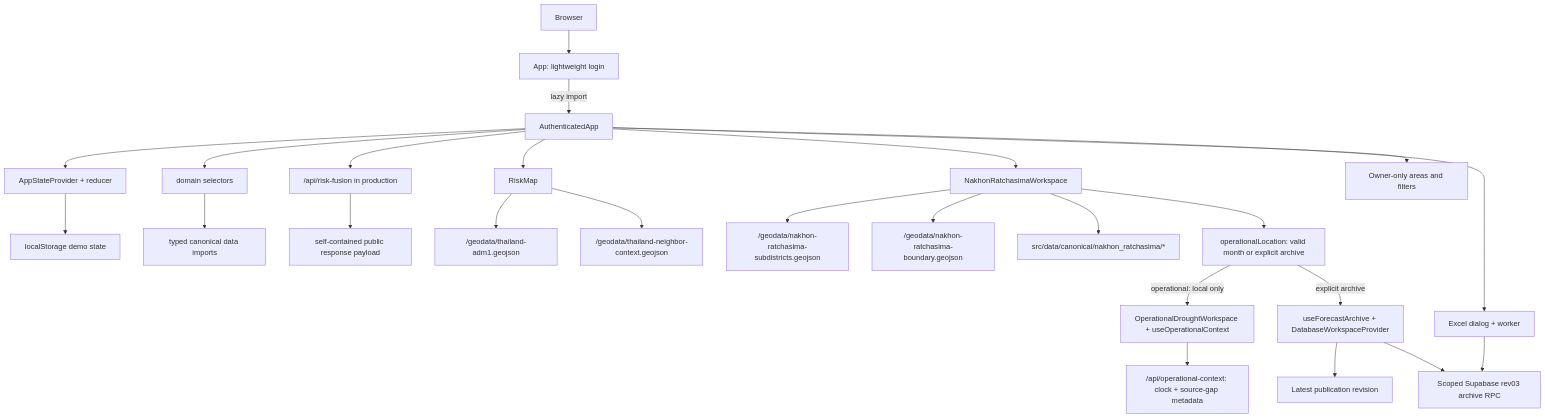
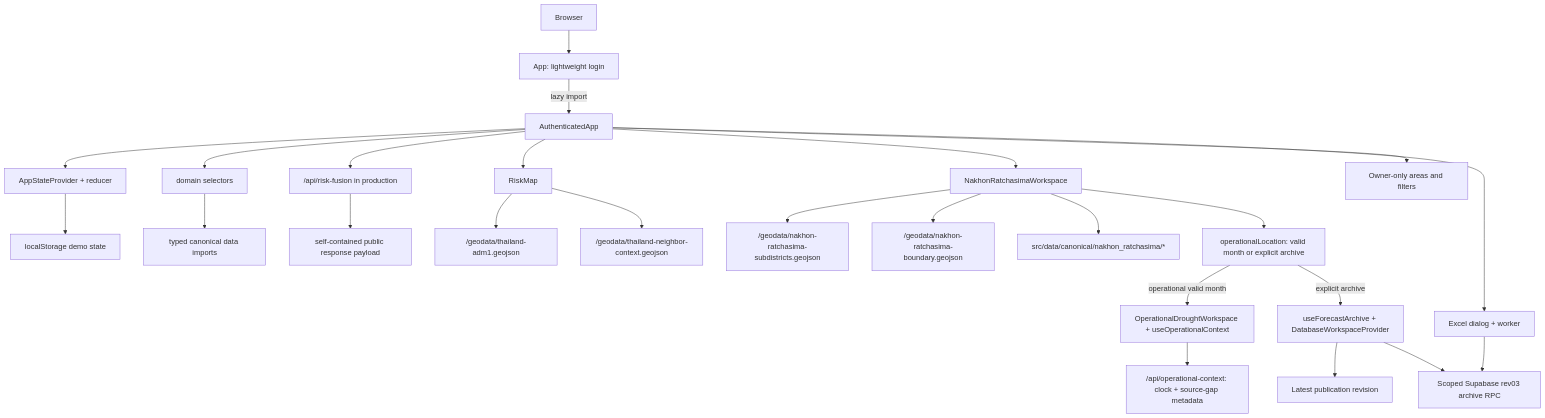
Before and after one commit to purichw/korattanphai: the diagram in docs/ARCHITECTURE.md, drawn with Mermaid. The commit also changed other lines of this file and 7 other files, not shown here.

````diff
--- a/docs/ARCHITECTURE.md
+++ b/docs/ARCHITECTURE.md
@@ -50,27 +51,27 @@
 ```mermaid
 flowchart TD
   Browser["Browser"] --> Login["App: lightweight login"]
   Login -->|lazy import| App["AuthenticatedApp"]
   App --> Store["AppStateProvider + reducer"]
   Store --> Local["localStorage demo state"]
   App --> Domain["domain selectors"]
   App --> FusionApi["/api/risk-fusion in production"]
   Domain --> Catalog["typed canonical data imports"]
   FusionApi --> FusionPayload["self-contained public response payload"]
   App --> Map["RiskMap"]
   Map --> Geo["/geodata/thailand-adm1.geojson"]
   Map --> NeighborGeo["/geodata/thailand-neighbor-context.geojson"]
   App --> NR["NakhonRatchasimaWorkspace"]
   NR --> NRGeo["/geodata/nakhon-ratchasima-subdistricts.geojson"]
   NR --> NRBoundary["/geodata/nakhon-ratchasima-boundary.geojson"]
   NR --> NRData["src/data/canonical/nakhon_ratchasima/*"]
   NR --> Intent["operationalLocation: valid month or explicit archive"]
-  Intent -->|"operational: local only"| Operational["OperationalDroughtWorkspace + useOperationalContext"]
+  Intent -->|"operational valid month"| Operational["OperationalDroughtWorkspace + useOperationalContext"]
   Operational --> Clock["/api/operational-context: clock + source-gap metadata"]
   Intent -->|"explicit archive"| Loader["useForecastArchive + DatabaseWorkspaceProvider"]
   Loader --> Revision["Latest publication revision"]
   Loader --> Archive["Scoped Supabase rev03 archive RPC"]
   App --> Saved["Owner-only areas and filters"]
   App --> Excel["Excel dialog + worker"]
   Excel --> Archive
 ```
````
